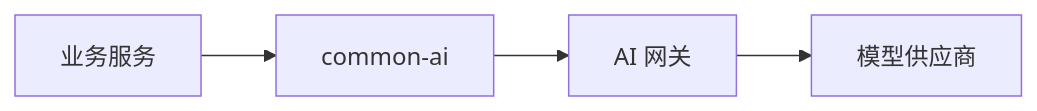
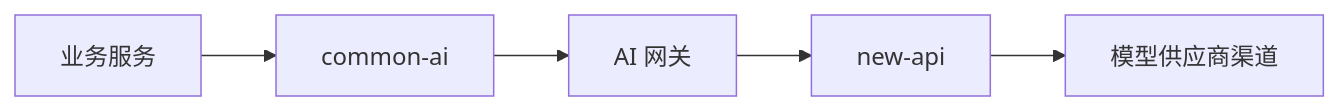
Before and after one commit to Dorian7Alden/LeetModel: the diagram in docs/project/03-微服务设计/common/common-ai/AI调用客户端.md, drawn with Mermaid. The commit also changed other lines of this file and 31 other files, not shown here.

````diff
--- a/docs/project/03-微服务设计/common/common-ai/AI调用客户端.md
+++ b/docs/project/03-微服务设计/common/common-ai/AI调用客户端.md
@@ -44,6 +44,7 @@
 ```mermaid
 flowchart LR
     B[业务服务] --> C[common-ai]
     C --> G[AI 网关]
-    G --> P[模型供应商]
+    G --> N[new-api]
+    N --> P[模型供应商渠道]
 ```
````
